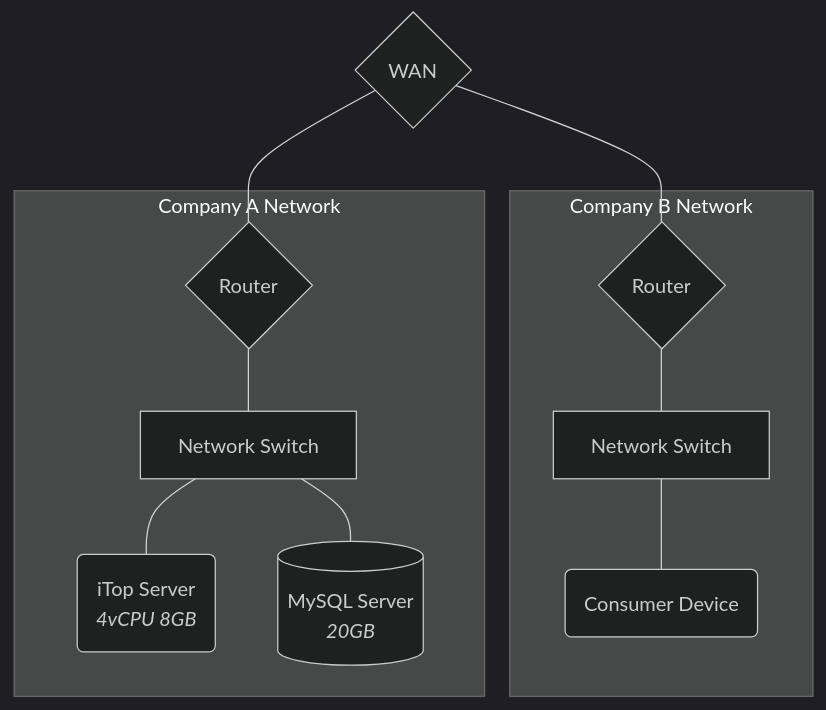
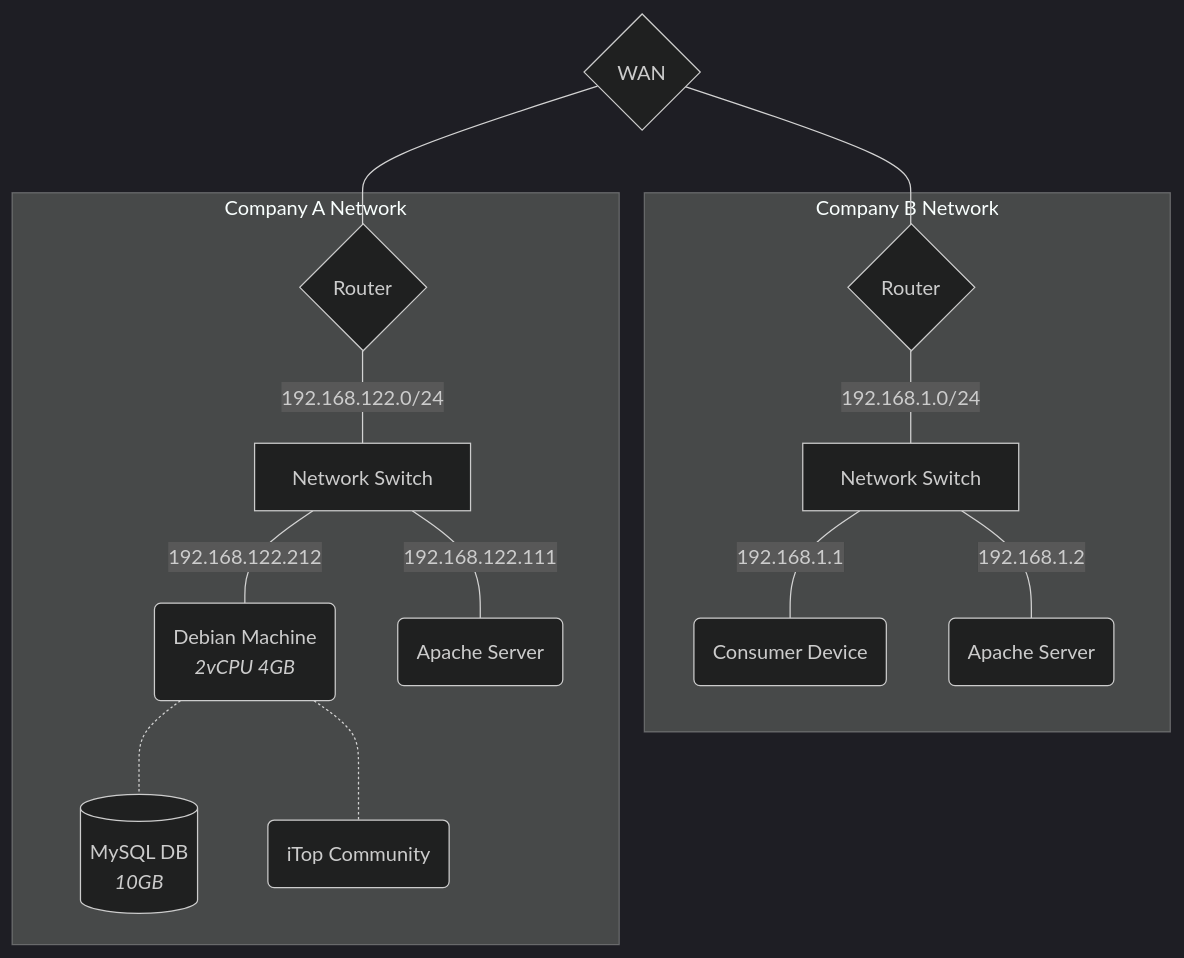
One commit to xeylou/testade.xeylou.fr changed the ninth of 9 diagrams in content/posts/itop-walkthrough/index.md. Above: the diagram before and after it, drawn with Mermaid (dark theme). The commit also changed other lines of this file and 59 other files, not shown here.

```diff
--- a/content/posts/itop-walkthrough/index.md
+++ b/content/posts/itop-walkthrough/index.md
@@ -355,23 +356,28 @@
 {{< mermaid >}}
 
 graph TD
 subgraph company-b[Company B Network]
 router-b{Router}
 switch-b[Network Switch]
 consumer-pc(Consumer Device)
+apache-b(Apache Server)
 end
 
 subgraph company-a[Company A Network]
 router-a{Router}
 switch-a[Network Switch]
-itop-server(iTop Server<br><i>4vCPU 8GB</i>)
-db-server[(MySQL Server<br><i>20GB</i>)]
+itop-server(Debian Machine<br><i>2vCPU 4GB</i>)
+db-server[(MySQL DB<br><i>10GB</i>)]
+itop(iTop Community)
+apache-a(Apache Server)
 end
 
 wan{WAN} --- router-a & router-b
-router-a --- switch-a
-switch-a --- itop-server
-switch-a --- db-server
-router-b --- switch-b
-switch-b --- consumer-pc
+router-a ---|192.168.122.0/24| switch-a
+switch-a ---|192.168.122.212| itop-server
+itop-server -.- db-server & itop
+switch-a ---|192.168.122.111| apache-a
+router-b ---|192.168.1.0/24| switch-b
+switch-b ---|192.168.1.1| consumer-pc
+switch-b ---|192.168.1.2| apache-b
 {{< /mermaid >}}
```
